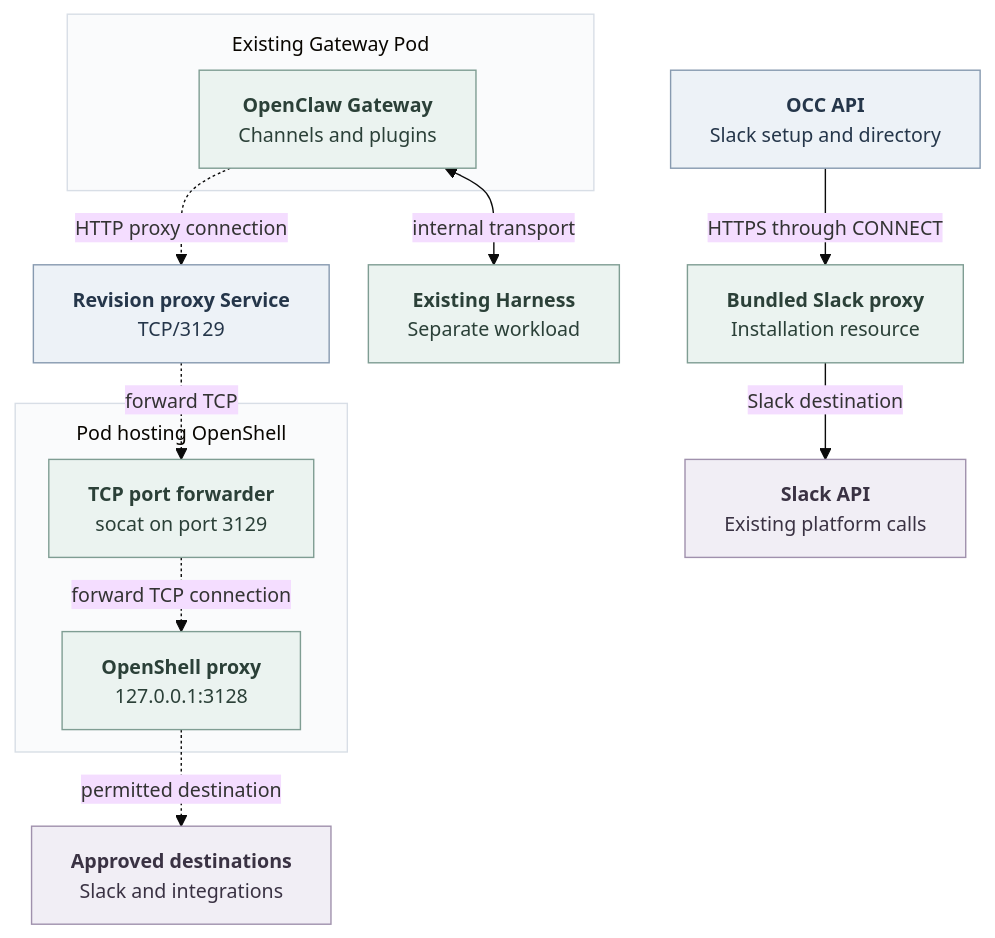
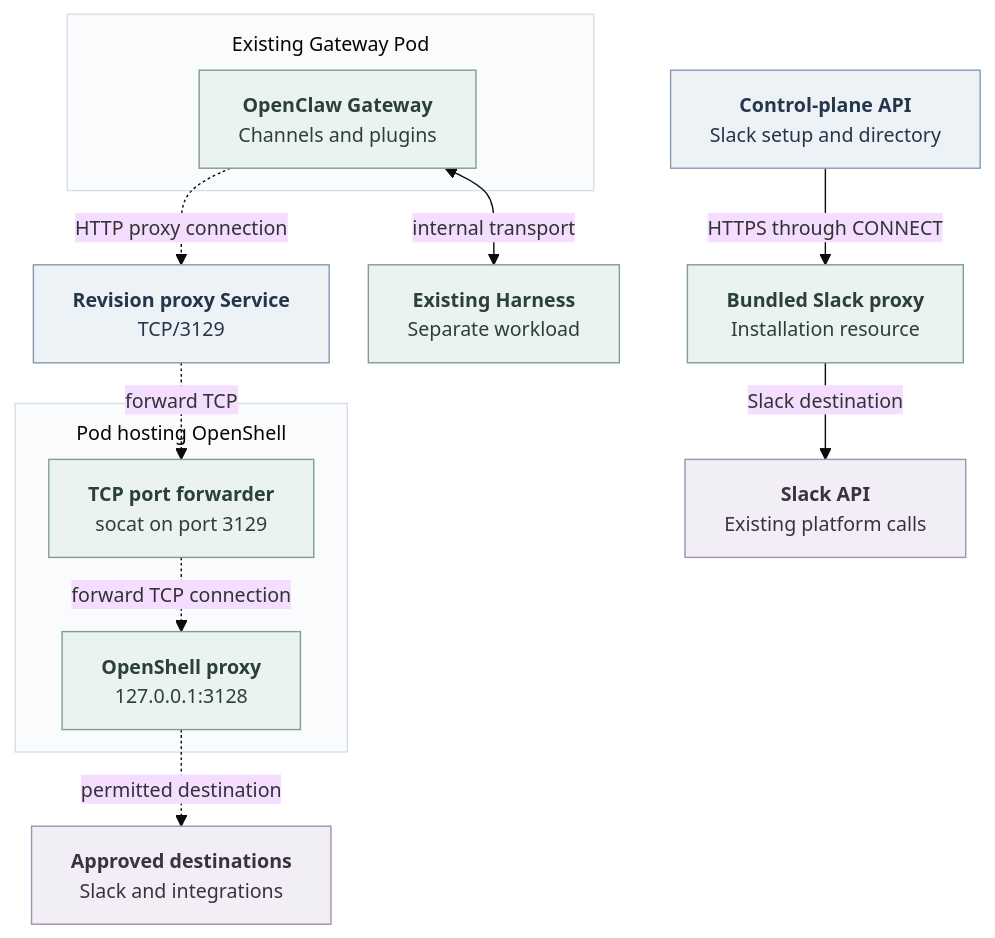
Before and after one commit to raw-labs/openclaw-enterprise: the diagram in specs/rfcs/0024-gateway-outbound-proxy-reuse.md, drawn with Mermaid. The commit also changed other lines of this file, not shown here.

Commit message:
docs: lead Gateway proxy RFC with problem and request flow

````diff
--- a/specs/rfcs/0024-gateway-outbound-proxy-reuse.md
+++ b/specs/rfcs/0024-gateway-outbound-proxy-reuse.md
@@ -79,45 +68,45 @@
 ```mermaid
 ---
 config:
   theme: base
   htmlLabels: true
   themeVariables:
     fontSize: 14px
   flowchart:
     nodeSpacing: 28
     rankSpacing: 32
     padding: 14
     subGraphTitleMargin:
       top: 10
       bottom: 14
 ---
 flowchart TB
   subgraph GatewayPod["Existing Gateway Pod"]
     G["<b>OpenClaw Gateway</b><br/>Channels and plugins"]
   end
   S["<b>Revision proxy Service</b><br/>TCP/3129"]
   subgraph ProxyPod["Pod hosting OpenShell"]
     R["<b>TCP port forwarder</b><br/>socat on port 3129"]
     P["<b>OpenShell proxy</b><br/>127.0.0.1:3128"]
     R -.->|forward TCP connection| P
   end
   E["<b>Approved destinations</b><br/>Slack and integrations"]
   H["<b>Existing Harness</b><br/>Separate workload"]
-  A["<b>OCC API</b><br/>Slack setup and directory"]
+  A["<b>Control-plane API</b><br/>Slack setup and directory"]
   L["<b>Bundled Slack proxy</b><br/>Installation resource"]
   Slack["<b>Slack API</b><br/>Existing platform calls"]
   G -.->|HTTP proxy connection| S
   S -.->|forward TCP| R
   P -.->|permitted destination| E
   G <-->|internal transport| H
   A -->|HTTPS through CONNECT| L
   L -->|Slack destination| Slack
   classDef workload fill:#EBF3F0,stroke:#7F9D93,color:#2B4038,stroke-width:1px
   classDef endpoint fill:#EDF2F7,stroke:#879AB0,color:#25364A,stroke-width:1px
   classDef external fill:#F1EEF5,stroke:#A091AD,color:#3A3243,stroke-width:1px
   class G,R,P,H,L workload
   class S,A endpoint
   class E,Slack external
   style GatewayPod fill:#FAFBFC,stroke:#D8DEE6,stroke-width:1px
   style ProxyPod fill:#FAFBFC,stroke:#D8DEE6,stroke-width:1px
 ```
````
